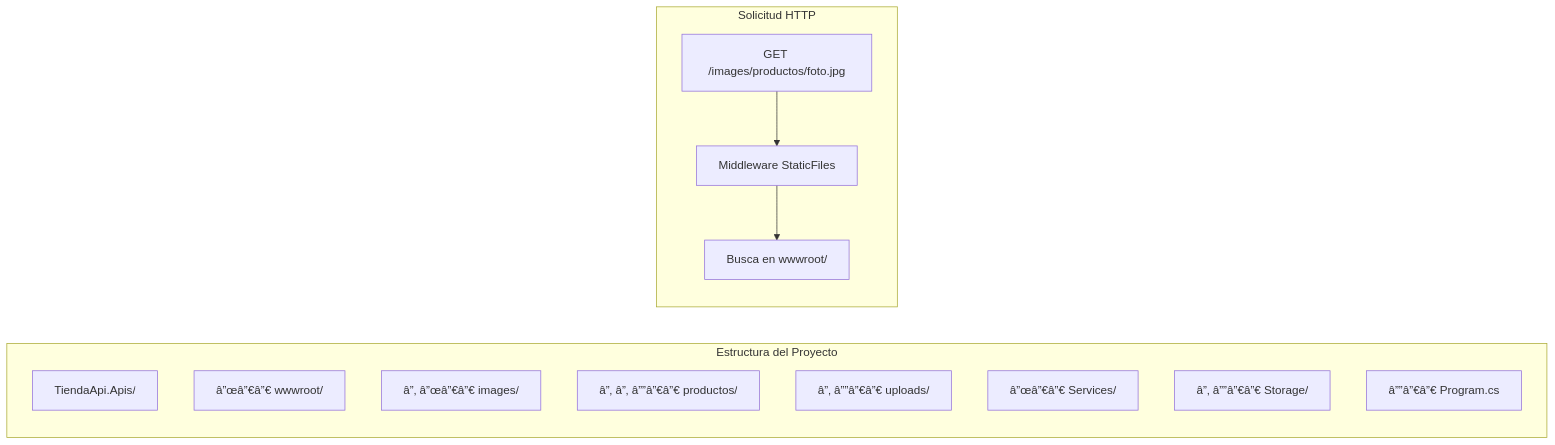
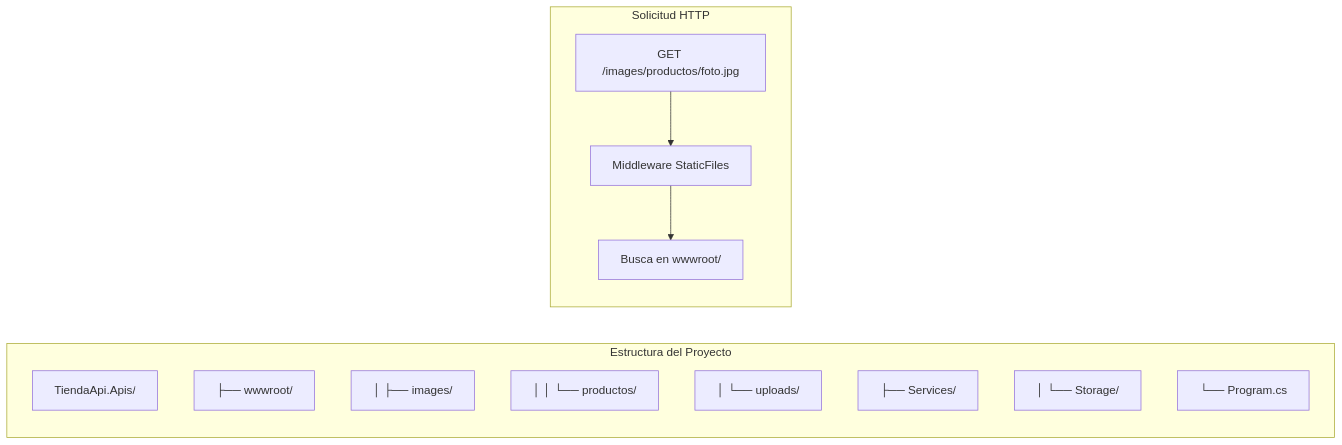
The first of 4 diagrams in doc/22-file-storage.md (joseluisgs/TiendaDawApi-Cqrs-MediatR-NetCore), drawn with Mermaid before and after one commit. The commit also changed other lines of this file and 27 other files, not shown here.

````diff
--- a/doc/22-file-storage.md
+++ b/doc/22-file-storage.md
@@ -23,21 +23,21 @@
 ```mermaid
 flowchart LR
     subgraph "Estructura del Proyecto"
         A1["TiendaApi.Apis/"]
-        A2["â”œâ”€â”€ wwwroot/"]
-        A3["â”‚   â”œâ”€â”€ images/"]
-        A4["â”‚   â”‚   â””â”€â”€ productos/"]
-        A5["â”‚   â””â”€â”€ uploads/"]
-        A6["â”œâ”€â”€ Services/"]
-        A7["â”‚   â””â”€â”€ Storage/"]
-        A8["â””â”€â”€ Program.cs"]
+        A2["├── wwwroot/"]
+        A3["│   ├── images/"]
+        A4["│   │   └── productos/"]
+        A5["│   └── uploads/"]
+        A6["├── Services/"]
+        A7["│   └── Storage/"]
+        A8["└── Program.cs"]
     end
     
     subgraph "Solicitud HTTP"
         B1["GET /images/productos/foto.jpg"]
         B2["Middleware StaticFiles"]
         B3["Busca en wwwroot/"]
     end
     
     B1 --> B2 --> B3
 ```
````
